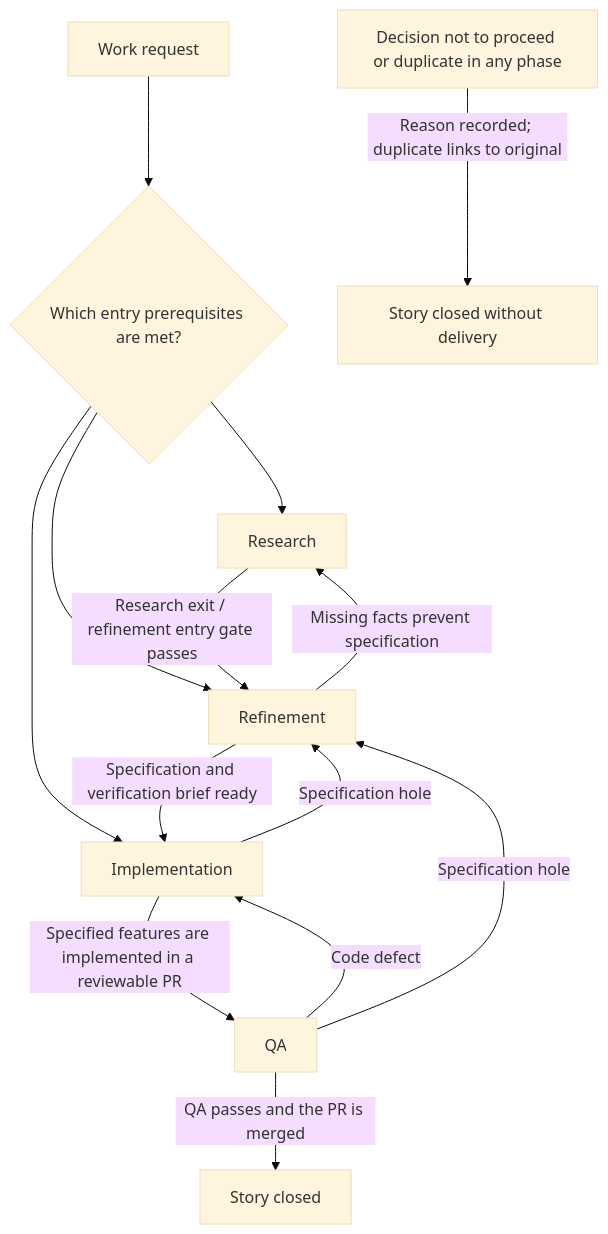
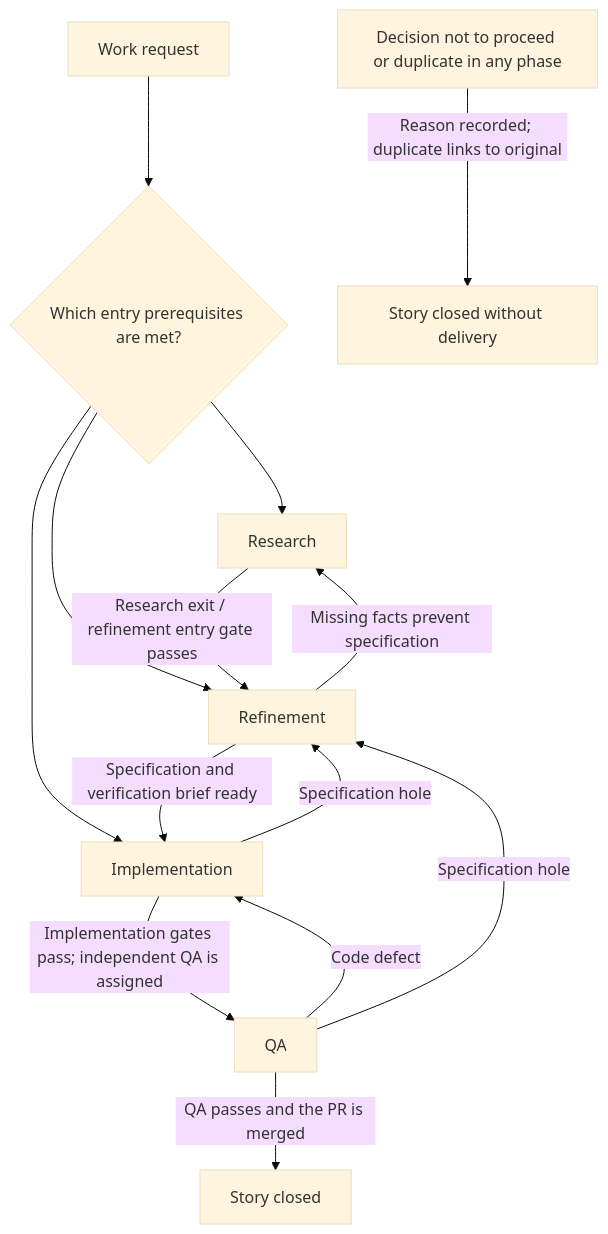
Before and after one commit to mikemajara/mstack: the first of 2 diagrams in skills/mstack-workflow/references/lifecycle.md, drawn with Mermaid (base theme). The commit also changed other lines of this file and 18 other files, not shown here.

````diff
--- a/skills/mstack-workflow/references/lifecycle.md
+++ b/skills/mstack-workflow/references/lifecycle.md
@@ -13,16 +11,16 @@
 ```mermaid
 flowchart TD
     Request[Work request] --> Entry{Which entry prerequisites are met?}
     Entry --> Research[Research]
     Entry --> Refine[Refinement]
     Entry --> Implement[Implementation]
     Research -->|Research exit / refinement entry gate passes| Refine
     Refine -->|Specification and verification brief ready| Implement
     Refine -->|Missing facts prevent specification| Research
-    Implement -->|Specified features are implemented in a reviewable PR| QA[QA]
+    Implement -->|Implementation gates pass; independent QA is assigned| QA[QA]
     Implement -->|Specification hole| Refine
     QA -->|Code defect| Implement
     QA -->|Specification hole| Refine
     QA -->|QA passes and the PR is merged| Closed[Story closed]
     Disposition[Decision not to proceed or duplicate in any phase] -->|Reason recorded; duplicate links to original| NotDelivered[Story closed without delivery]
 ```
````
